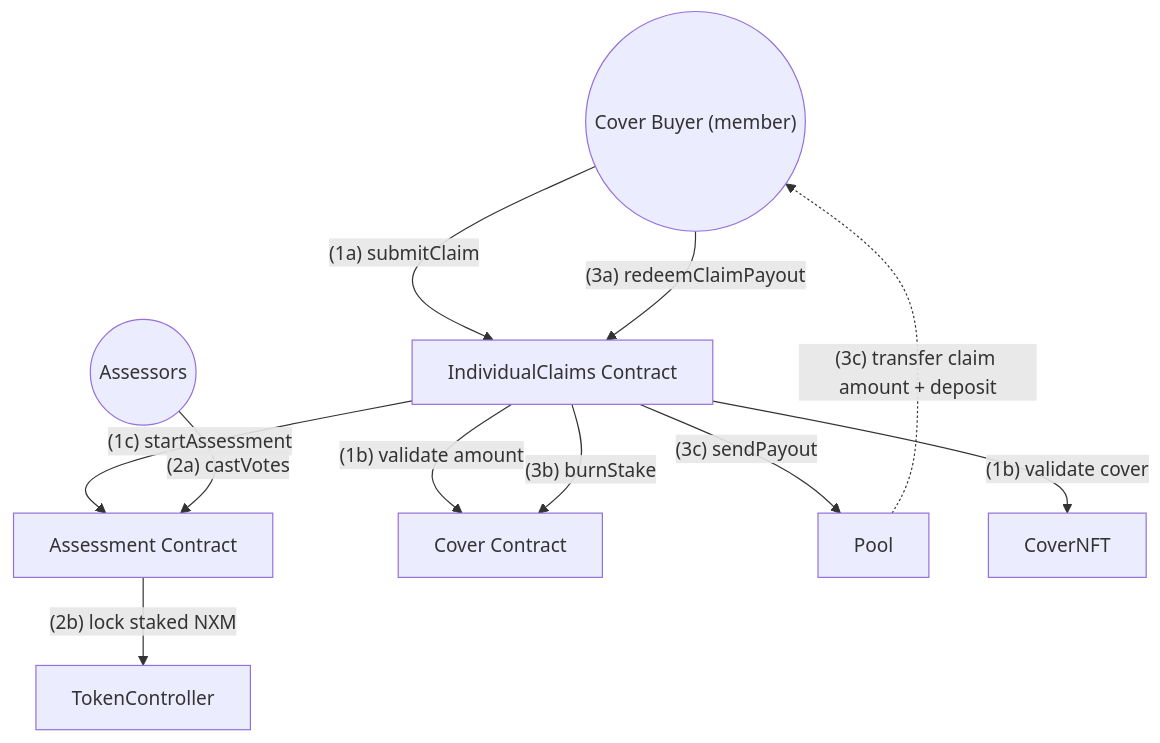
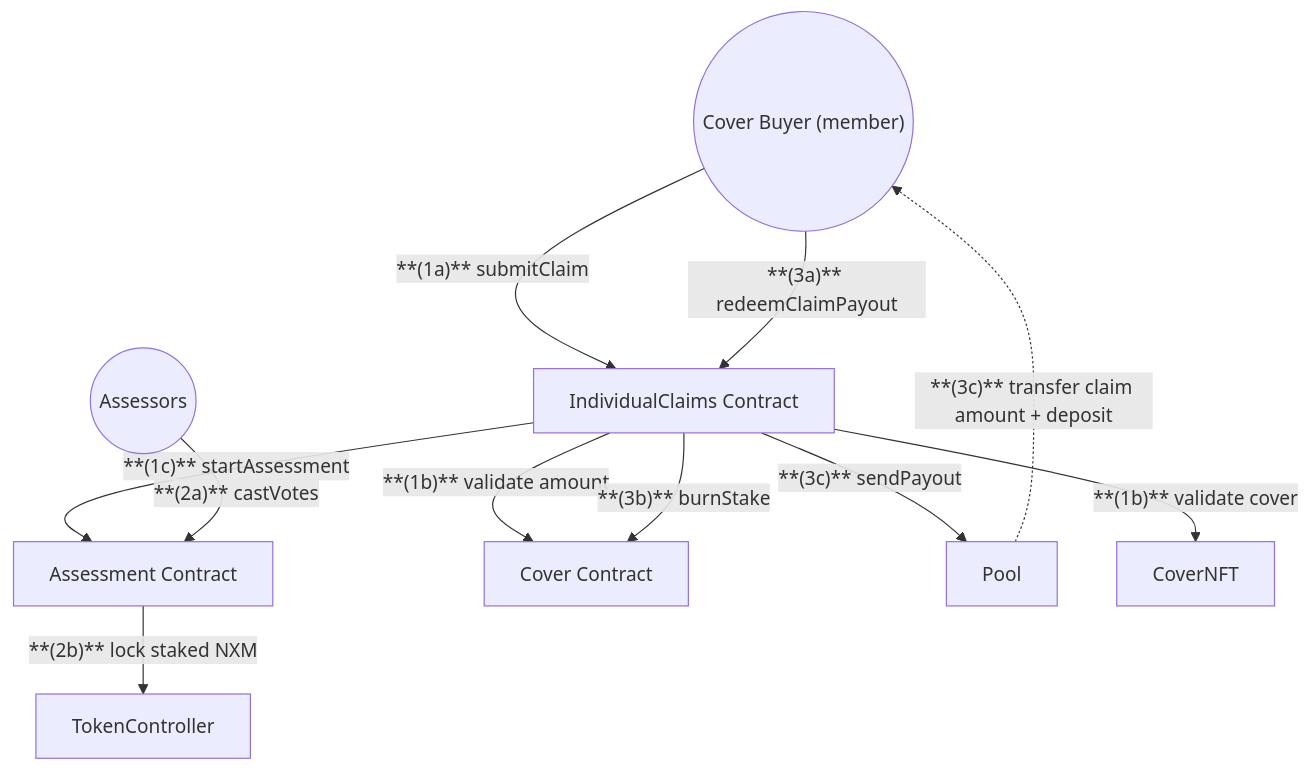
One commit to NexusMutual/smart-contracts changed the second of 2 diagrams in docs/diagrams/user-flows/cover-buyer.md. Above: the diagram before and after it, drawn with Mermaid. The commit also changed other lines of this file and 9 other files, not shown here.

Commit message:
docs: update diagrams docs

````diff
--- a/docs/diagrams/user-flows/cover-buyer.md
+++ b/docs/diagrams/user-flows/cover-buyer.md
@@ -35,29 +34,29 @@
 ```mermaid
 graph TD
     %% Users
     Member(("Cover Buyer (member)"))
     Assessors(("Assessors"))
 
     %% Contracts
     IndividualClaims["IndividualClaims Contract"]
     Assessment["Assessment Contract"]
     Cover["Cover Contract"]
     TokenController["TokenController"]
     Pool["Pool"]
 
     %% Submit Claim
-    Member -->|"(1a) submitClaim"| IndividualClaims
-    IndividualClaims -->|"(1b) validate cover"| CoverNFT
-    IndividualClaims -->|"(1b) validate amount"| Cover
-    IndividualClaims -->|"(1c) startAssessment"| Assessment
+    Member -->|"**(1a)** submitClaim"| IndividualClaims
+    IndividualClaims -->|"**(1b)** validate cover"| CoverNFT
+    IndividualClaims -->|"**(1b)** validate amount"| Cover
+    IndividualClaims -->|"**(1c)** startAssessment"| Assessment
 
     %% Assessment Process
-    Assessors -->|"(2a) castVotes"| Assessment
-    Assessment -->|"(2b) lock staked NXM"| TokenController
+    Assessors -->|"**(2a)** castVotes"| Assessment
+    Assessment -->|"**(2b)** lock staked NXM"| TokenController
 
     %% Claim Payout
-    Member -->|"(3a) redeemClaimPayout"| IndividualClaims
-    IndividualClaims -->|"(3b) burnStake"| Cover
-    IndividualClaims -->|"(3c) sendPayout"| Pool
-    Pool -.->|"(3c) transfer claim amount + deposit"| Member
+    Member -->|"**(3a)** redeemClaimPayout"| IndividualClaims
+    IndividualClaims -->|"**(3b)** burnStake"| Cover
+    IndividualClaims -->|"**(3c)** sendPayout"| Pool
+    Pool -.->|"**(3c)** transfer claim amount + deposit"| Member
 ```
````
